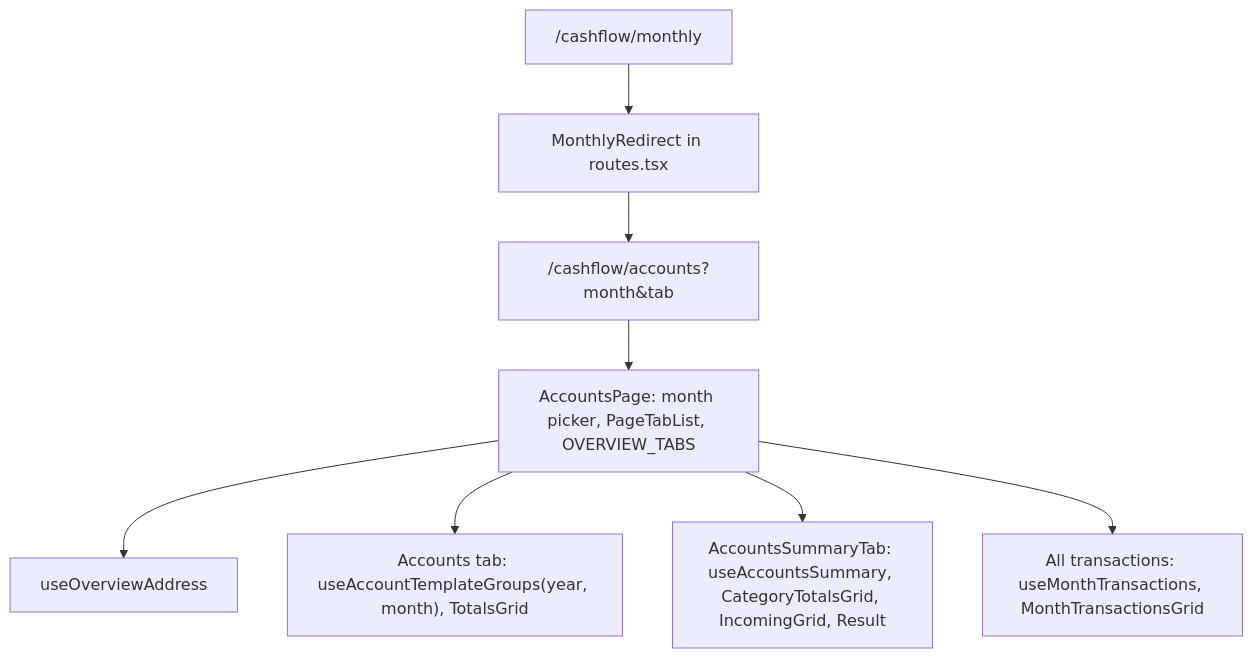
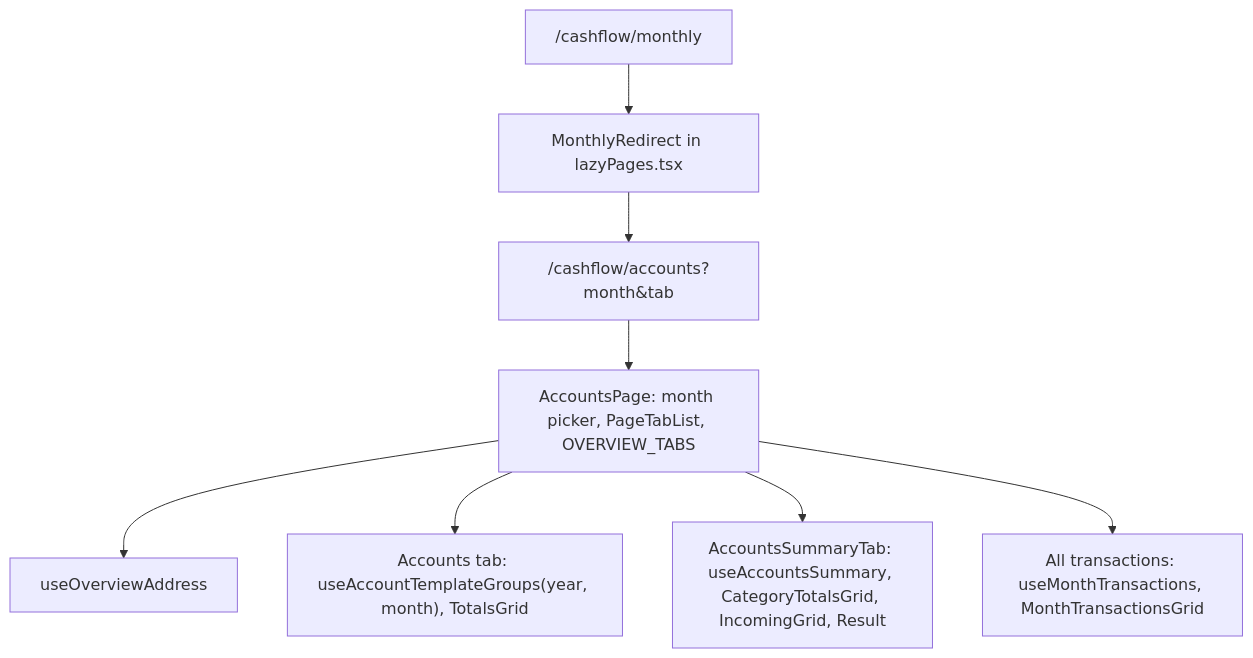
One commit to ggibellato/Financial changed the diagram in docs/prd/P61-prd-accounts-overview-income-tithe/features/P61-F01-accounts-overview-tabs-and-monthly-fold/spec.md. Above: the diagram before and after it, drawn with Mermaid. The commit also changed other lines of this file, not shown here.

First line of the commit message:
docs: P61 F01 spec, redirect in lazyPages.tsx and routes.test.tsx

````diff
--- a/docs/prd/P61-prd-accounts-overview-income-tithe/features/P61-F01-accounts-overview-tabs-and-monthly-fold/spec.md
+++ b/docs/prd/P61-prd-accounts-overview-income-tithe/features/P61-F01-accounts-overview-tabs-and-monthly-fold/spec.md
@@ -43,9 +43,9 @@
 ```mermaid
 graph TD
     U["/cashflow/accounts?month&tab"] --> A["AccountsPage: month picker, PageTabList, OVERVIEW_TABS"]
     A --> H["useOverviewAddress"]
     A --> T1["Accounts tab: useAccountTemplateGroups(year, month), TotalsGrid"]
     A --> T2["AccountsSummaryTab: useAccountsSummary, CategoryTotalsGrid, IncomingGrid, Result"]
     A --> T3["All transactions: useMonthTransactions, MonthTransactionsGrid"]
-    R["/cashflow/monthly"] --> MR["MonthlyRedirect in routes.tsx"] --> U
+    R["/cashflow/monthly"] --> MR["MonthlyRedirect in lazyPages.tsx"] --> U
 ```
````
